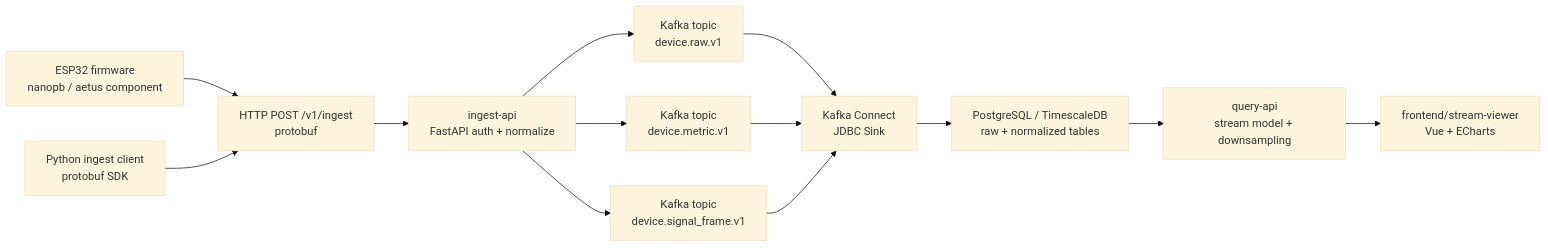
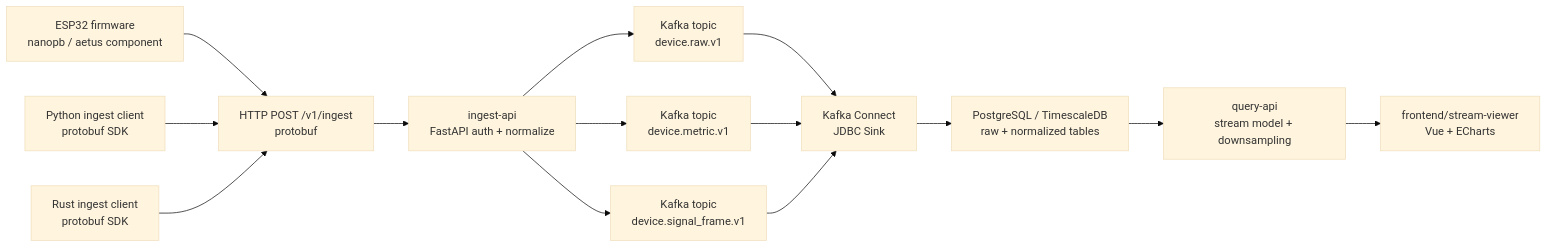
One commit to donghoonpark/aetus changed the first of 7 diagrams in docs/09-testing-and-e2e-coverage.md. Above: the diagram before and after it, drawn with Mermaid (base theme). The commit also changed other lines of this file and 12 other files, not shown here.

Commit message:
Add Rust ingest client SDK

````diff
--- a/docs/09-testing-and-e2e-coverage.md
+++ b/docs/09-testing-and-e2e-coverage.md
@@ -15,15 +15,16 @@
 ```mermaid
 flowchart LR
     FW["ESP32 firmware\nnanopb / aetus component"] --> HTTP["HTTP POST /v1/ingest\nprotobuf"]
     Py["Python ingest client\nprotobuf SDK"] --> HTTP
+    Rust["Rust ingest client\nprotobuf SDK"] --> HTTP
     HTTP --> Ingest["ingest-api\nFastAPI auth + normalize"]
     Ingest --> KafkaRaw["Kafka topic\ndevice.raw.v1"]
     Ingest --> KafkaMetric["Kafka topic\ndevice.metric.v1"]
     Ingest --> KafkaSignal["Kafka topic\ndevice.signal_frame.v1"]
     KafkaRaw --> Connect["Kafka Connect\nJDBC Sink"]
     KafkaMetric --> Connect
     KafkaSignal --> Connect
     Connect --> PG["PostgreSQL / TimescaleDB\nraw + normalized tables"]
     PG --> Query["query-api\nstream model + downsampling"]
     Query --> Viewer["frontend/stream-viewer\nVue + ECharts"]
 ```
````
